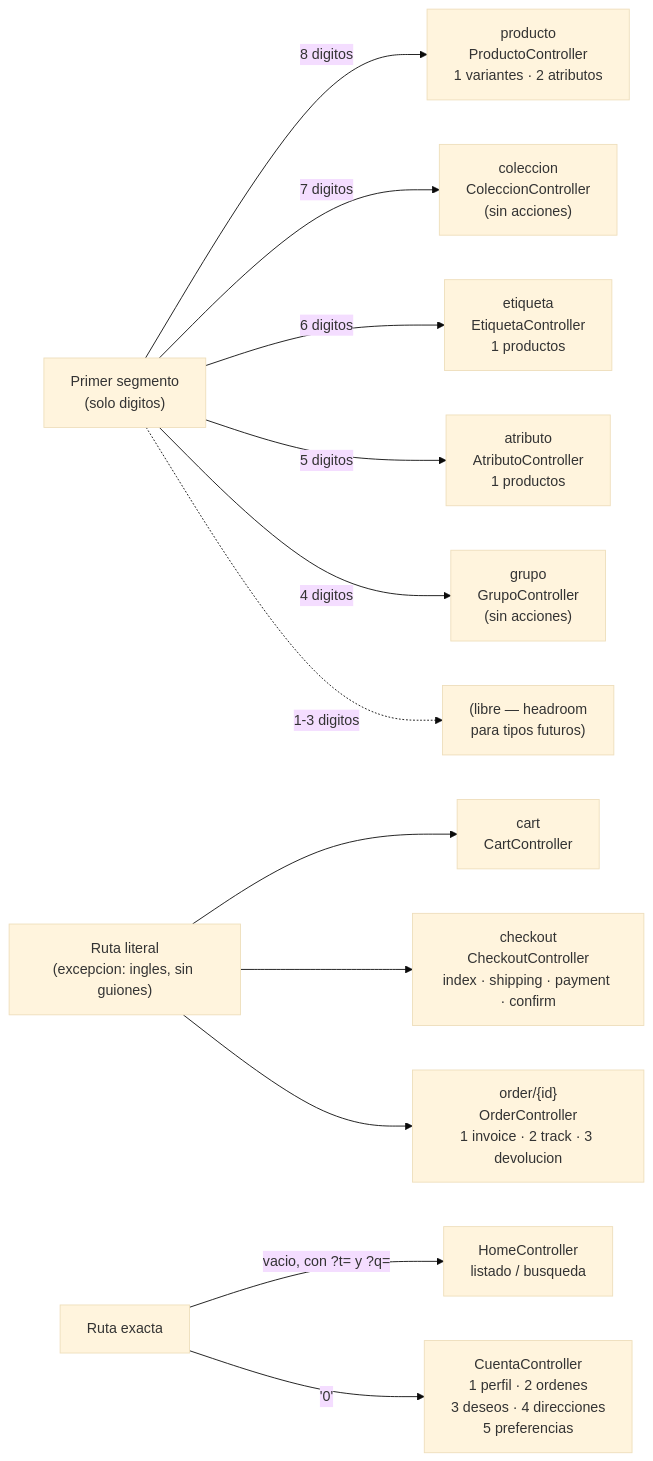
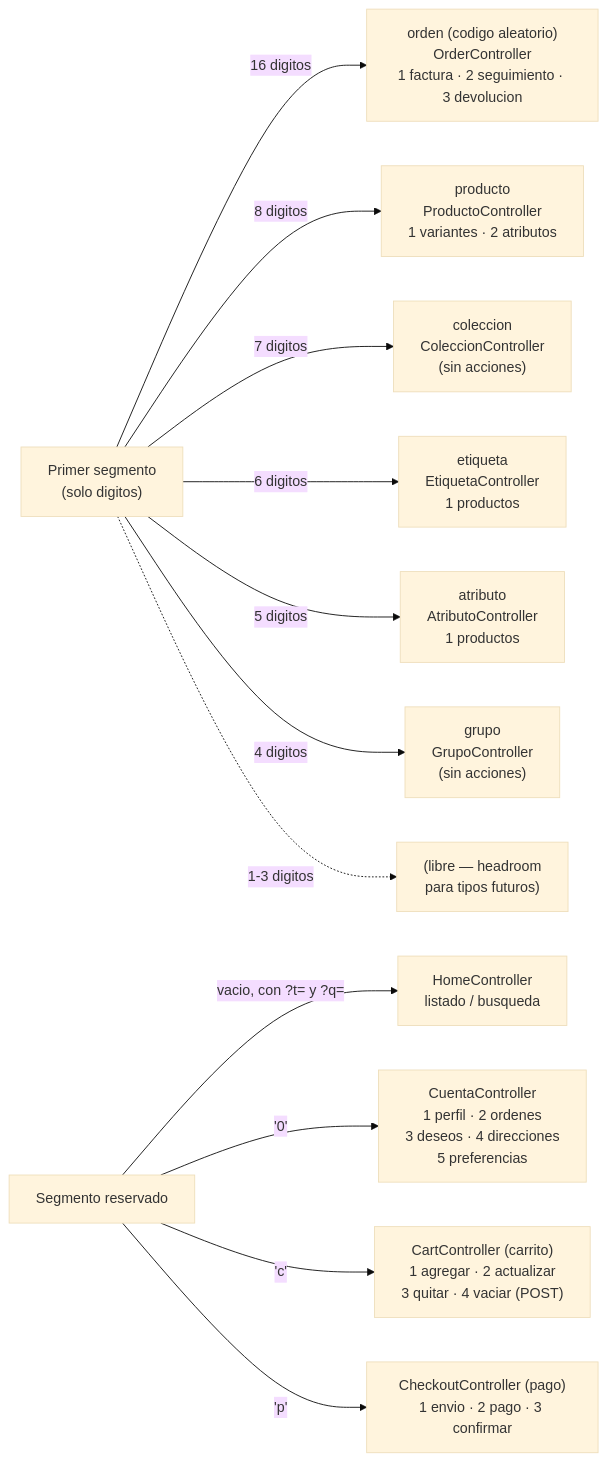
One commit to lol-protocol/php changed the diagram in url-routing/docs/diagrams/tipos-pos.mmd. Above: the diagram before and after it, drawn with Mermaid (base theme). The commit also changed 47 other files, not shown here.

```diff
--- a/url-routing/docs/diagrams/tipos-pos.mmd
+++ b/url-routing/docs/diagrams/tipos-pos.mmd
@@ -1,16 +1,15 @@
 flowchart LR
     seg["Primer segmento\n(solo digitos)"]
 
+    seg -->|16 digitos| orden["orden (codigo aleatorio)\nOrderController\n1 factura · 2 seguimiento · 3 devolucion"]
     seg -->|8 digitos| producto["producto\nProductoController\n1 variantes · 2 atributos"]
     seg -->|7 digitos| coleccion["coleccion\nColeccionController\n(sin acciones)"]
     seg -->|6 digitos| etiqueta["etiqueta\nEtiquetaController\n1 productos"]
     seg -->|5 digitos| atributo["atributo\nAtributoController\n1 productos"]
     seg -->|4 digitos| grupo["grupo\nGrupoController\n(sin acciones)"]
     seg -.->|1-3 digitos| libre["(libre — headroom\npara tipos futuros)"]
 
-    literal["Ruta literal\n(excepcion: ingles, sin guiones)"] --> cart["cart\nCartController"]
-    literal --> checkout["checkout\nCheckoutController\nindex · shipping · payment · confirm"]
-    literal --> order["order/{id}\nOrderController\n1 invoice · 2 track · 3 devolucion"]
-
-    reservado["Ruta exacta"] -->|vacio, con ?t= y ?q=| home["HomeController\nlistado / busqueda"]
+    reservado["Segmento reservado"] -->|vacio, con ?t= y ?q=| home["HomeController\nlistado / busqueda"]
     reservado -->|'0'| cuenta["CuentaController\n1 perfil · 2 ordenes\n3 deseos · 4 direcciones\n5 preferencias"]
+    reservado -->|'c'| cart["CartController (carrito)\n1 agregar · 2 actualizar\n3 quitar · 4 vaciar (POST)"]
+    reservado -->|'p'| checkout["CheckoutController (pago)\n1 envio · 2 pago · 3 confirmar"]
```
